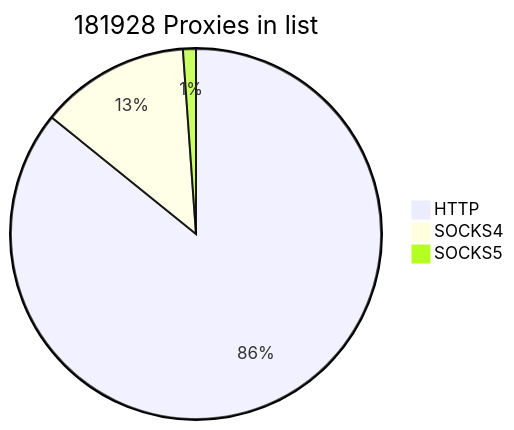
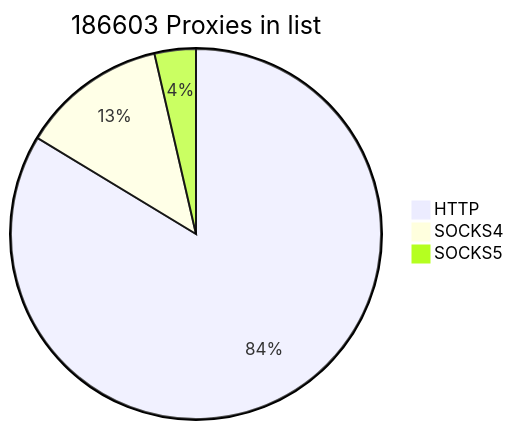
Before and after one commit to cutipu/proxylist: the first of 2 diagrams in README.md, drawn with Mermaid. The commit also changed other lines of this file, not shown here.

````diff
--- a/README.md
+++ b/README.md
@@ -2,7 +2,7 @@
 ```mermaid
-pie title 181928 Proxies in list
+pie title 186603 Proxies in list
     "HTTP" : 156124
-    "SOCKS4" : 23748
-    "SOCKS5" : 2056
+    "SOCKS4" : 23749
+    "SOCKS5" : 6730
             
 ```
````
